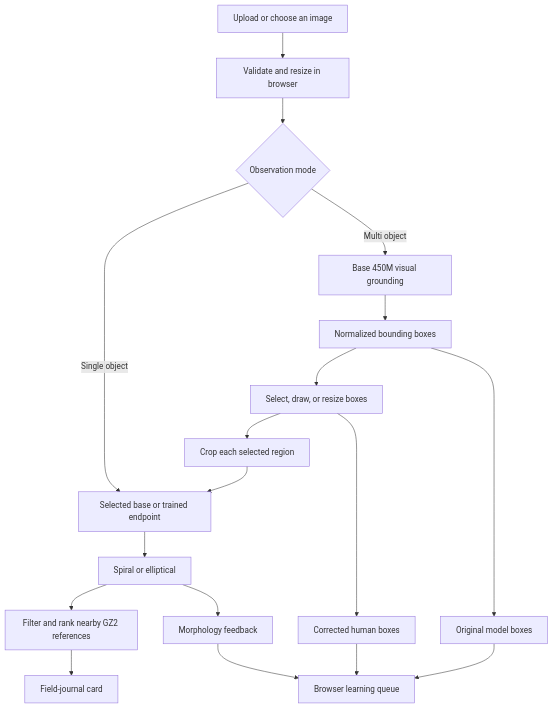
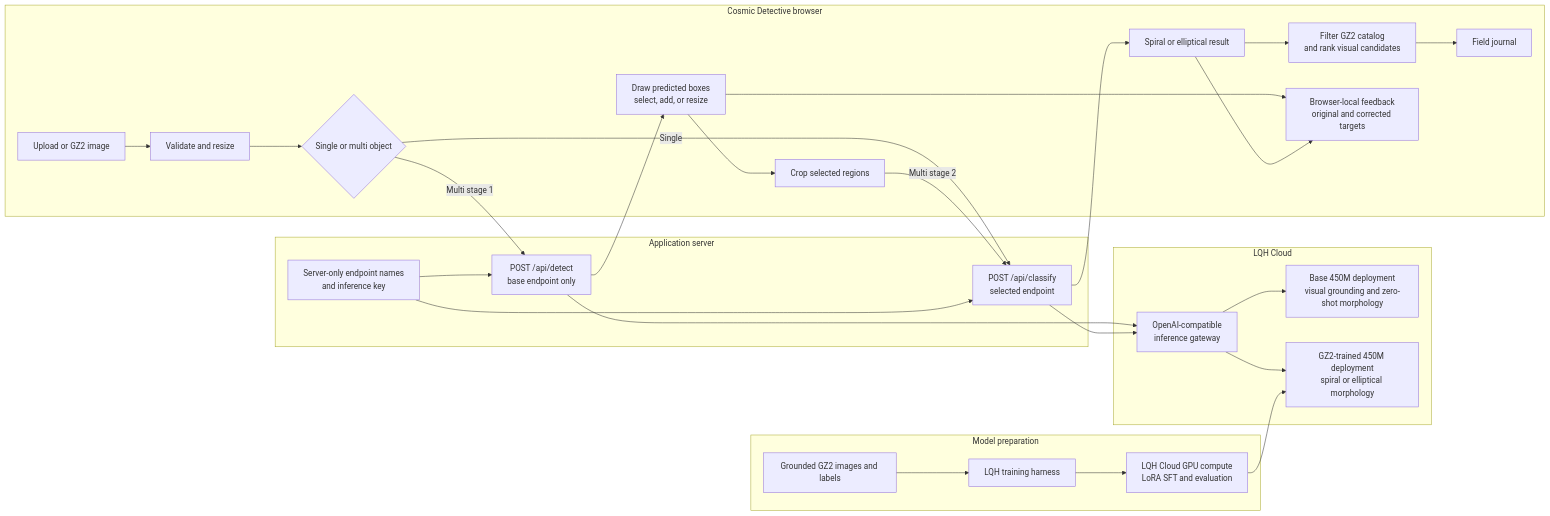
Before and after one commit to vishnu-samavedula/cosmic-detective: the diagram in README.md, drawn with Mermaid. The commit also changed other lines of this file, not shown here.

Commit message:
Document LQH Cloud architecture

````diff
--- a/README.md
+++ b/README.md
@@ -75,23 +75,49 @@
 ```mermaid
-flowchart TD
-    A[Upload or choose an image] --> B[Validate and resize in browser]
-    B --> C{Observation mode}
+flowchart LR
+    subgraph Preparation[Model preparation]
+        GZ2[Grounded GZ2 images and labels]
+        LQH[LQH training harness]
+        SFT[LQH Cloud GPU compute<br/>LoRA SFT and evaluation]
+        GZ2 --> LQH --> SFT
+    end
 
-    C -->|Single object| D[Selected base or trained endpoint]
-    D --> E[Spiral or elliptical]
-    E --> F[Filter and rank nearby GZ2 references]
-    F --> G[Field-journal card]
+    subgraph Cloud[LQH Cloud]
+        Gateway[OpenAI-compatible<br/>inference gateway]
+        Base[Base 450M deployment<br/>visual grounding and zero-shot morphology]
+        Trained[GZ2-trained 450M deployment<br/>spiral or elliptical morphology]
+        Gateway --> Base
+        Gateway --> Trained
+        SFT --> Trained
+    end
 
-    C -->|Multi object| H[Base 450M visual grounding]
-    H --> I[Normalized bounding boxes]
-    I --> J[Select, draw, or resize boxes]
-    J --> K[Crop each selected region]
-    K --> D
+    subgraph Server[Application server]
+        Detect[POST /api/detect<br/>base endpoint only]
+        Classify[POST /api/classify<br/>selected endpoint]
+        Secrets[Server-only endpoint names<br/>and inference key]
+        Secrets --> Detect
+        Secrets --> Classify
+        Detect --> Gateway
+        Classify --> Gateway
+    end
 
-    E --> L[Morphology feedback]
-    I --> M[Original model boxes]
-    J --> N[Corrected human boxes]
-    L --> O[Browser learning queue]
-    M --> O
-    N --> O
+    subgraph Browser[Cosmic Detective browser]
+        Image[Upload or GZ2 image]
+        Prepare[Validate and resize]
+        Mode{Single or multi object}
+        Boxes[Draw predicted boxes<br/>select, add, or resize]
+        Crops[Crop selected regions]
+        Label[Spiral or elliptical result]
+        Retrieval[Filter GZ2 catalog<br/>and rank visual candidates]
+        Feedback[Browser-local feedback<br/>original and corrected targets]
+        Journal[Field journal]
+
+        Image --> Prepare --> Mode
+        Mode -->|Single| Classify
+        Mode -->|Multi stage 1| Detect
+        Detect --> Boxes --> Crops
+        Crops -->|Multi stage 2| Classify
+        Classify --> Label --> Retrieval --> Journal
+        Boxes --> Feedback
+        Label --> Feedback
+    end
 ```
````
